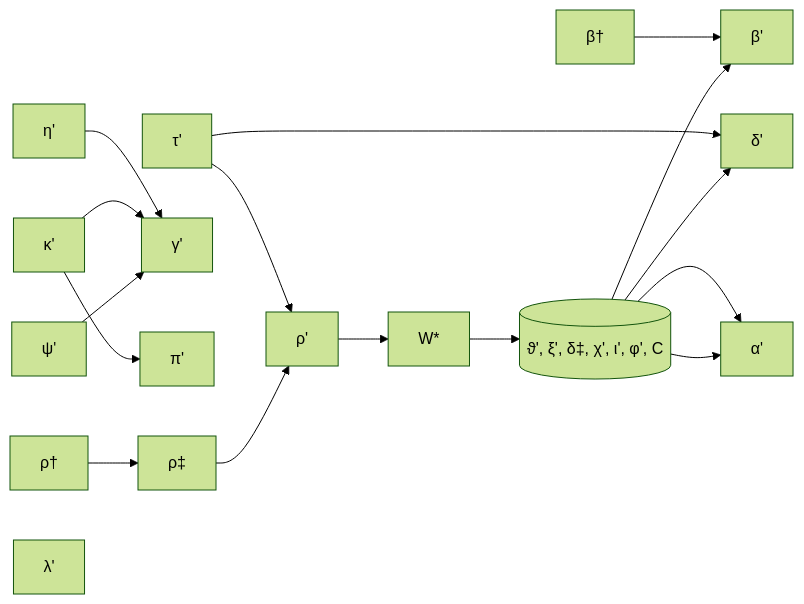
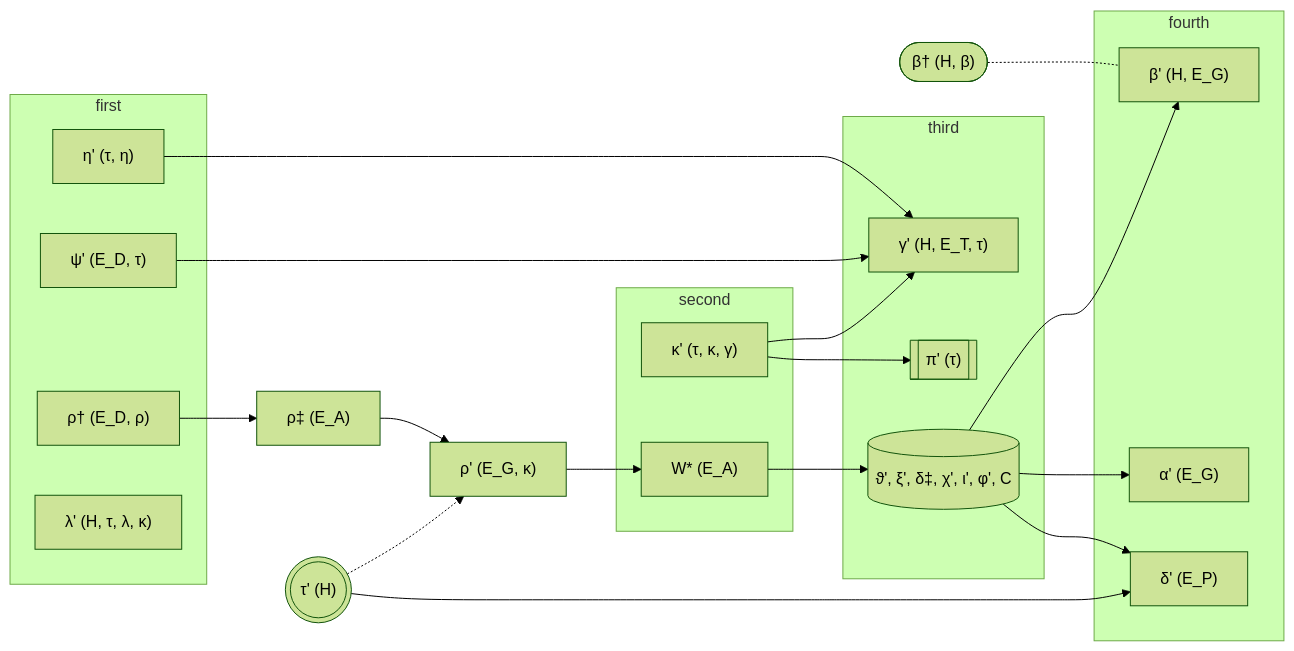
The diagram in crates/core/sync/README.md (spacejamapp/spacejam), drawn with Mermaid (forest theme) before and after one commit. The commit also changed other lines of this file and 34 other files, not shown here.

First line of the commit message:
feat(sync): state transition based on dependency graph (#39)

````diff
--- a/crates/core/sync/README.md
+++ b/crates/core/sync/README.md
@@ -7,55 +10,89 @@
 ```mermaid
-graph LR
-   %% The new timeslot index
-   A[τ'] --> K
-   A --> N
-
+flowchart LR
    %% An intermediate value for block history
-   B[β†] --> C
+   BETA_DAGGER(["β† (H, β)"])
+   BETA_DAGGER -.- BETA_PRIME
 
    %% The updated block history
-   C[β']
+   BETA_PRIME["β' (H, E_G)"]
+
+   %% The updated authorization pool
+   OMEGA_PRIME["α' (E_G)"]
+
+   %% The updated entropy pool
+   ETA_PRIME["η' (τ, η)"]
+   ETA_PRIME --> GAMMA_PRIME
 
    %% The updated validator state
-   D[γ']
+   GAMMA_PRIME["γ' (H, E_T, τ)"]
 
-   %% The updated entropy pool
-   E[η'] --> D
+   %% The updated judgements
+   PSI_PRIME["ψ' (E_D, τ)"]
+   PSI_PRIME --> GAMMA_PRIME
 
-   %% The updated archived validators
-   F[κ'] --> D
-   F --> P
+   %% The updated TIMESLOTchived validators
+   KAPPA_PRIME["κ' (τ, κ, γ)"]
+   KAPPA_PRIME --> GAMMA_PRIME
+   KAPPA_PRIME --> PI_PRIME
 
    %% An intermediate value for work reports
-   I[ρ†] --> J
+   RHO_DAGGER["ρ† (E_D, ρ)"]
+   RHO_DAGGER --> RHO_DDAGER
 
-   %%  Another intermediate value for work reports
-   J[ρ‡] --> K
-
-   %% The updated judgements
-   H[ψ'] --> D
+   %% Another intermediate value for work reports
+   RHO_DDAGER["ρ‡ (E_A)"]
+   RHO_DDAGER --> RHO_PRIME
 
    %% The updated report state
-   K[ρ'] --> L
+   RHO_PRIME["ρ' (E_G, κ)"]
+   RHO_PRIME --> WORK_REPORTS
 
    %% The set of work-reports ready for accumulation
-   L[W*] --> M
+   WORK_REPORTS["W* (E_A)"]
+   WORK_REPORTS --> ACCUMULATION
 
    %% accumulation
-   M[(ϑ', ξ', δ‡, χ', ι', φ', C)] --> C
-   M --> N
-   M --> O
-   M --> O
+   ACCUMULATION[(ϑ', ξ', δ‡, χ', ι', φ', C)]
+   ACCUMULATION --> BETA_PRIME
+   ACCUMULATION --> DELTA_PRIME
+   ACCUMULATION --> OMEGA_PRIME
 
    %% The updated service state
-   N[δ']
-
-   %% The updated authorization pool
-   O[α']
+   DELTA_PRIME["δ' (E_P)"]
 
    %% The updated statistics state
-   P[π']
+   PI_PRIME[["π' (τ)"]]
 
-   %% The updated archived validators
-   G[λ']
+   %% The updated TIMESLOTchived validators
+   LAMBDA_PRIME["λ' (H, τ, λ, κ)"]
+
+   %% The new timeslot index
+   TAU_PRIME((("τ' (H)")))
+   TAU_PRIME ---> DELTA_PRIME
+   TAU_PRIME -.-> RHO_PRIME
+
+   %% computation orders
+   subgraph "first"
+   LAMBDA_PRIME
+   PSI_PRIME
+   RHO_DAGGER
+   ETA_PRIME
+   end
+
+   subgraph "second"
+   KAPPA_PRIME
+   WORK_REPORTS
+   end
+
+   subgraph "third"
+   GAMMA_PRIME
+   PI_PRIME
+   ACCUMULATION
+   end
+
+   subgraph "fourth"
+   BETA_PRIME
+   OMEGA_PRIME
+   DELTA_PRIME
+   end
 ```
````
